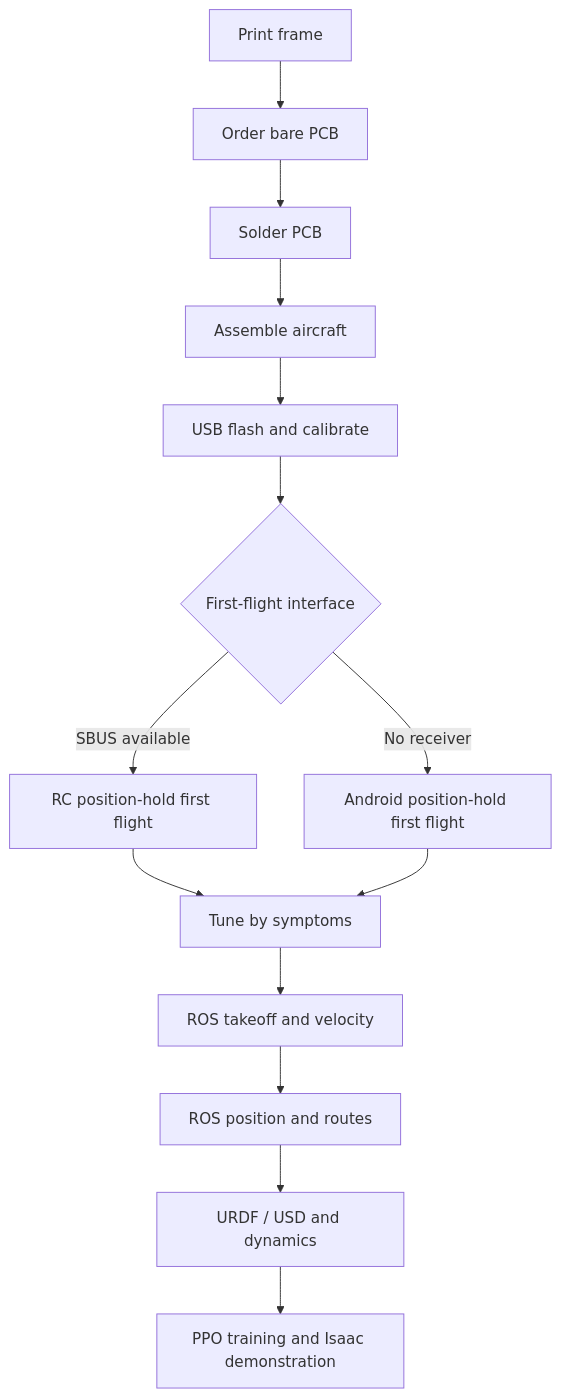
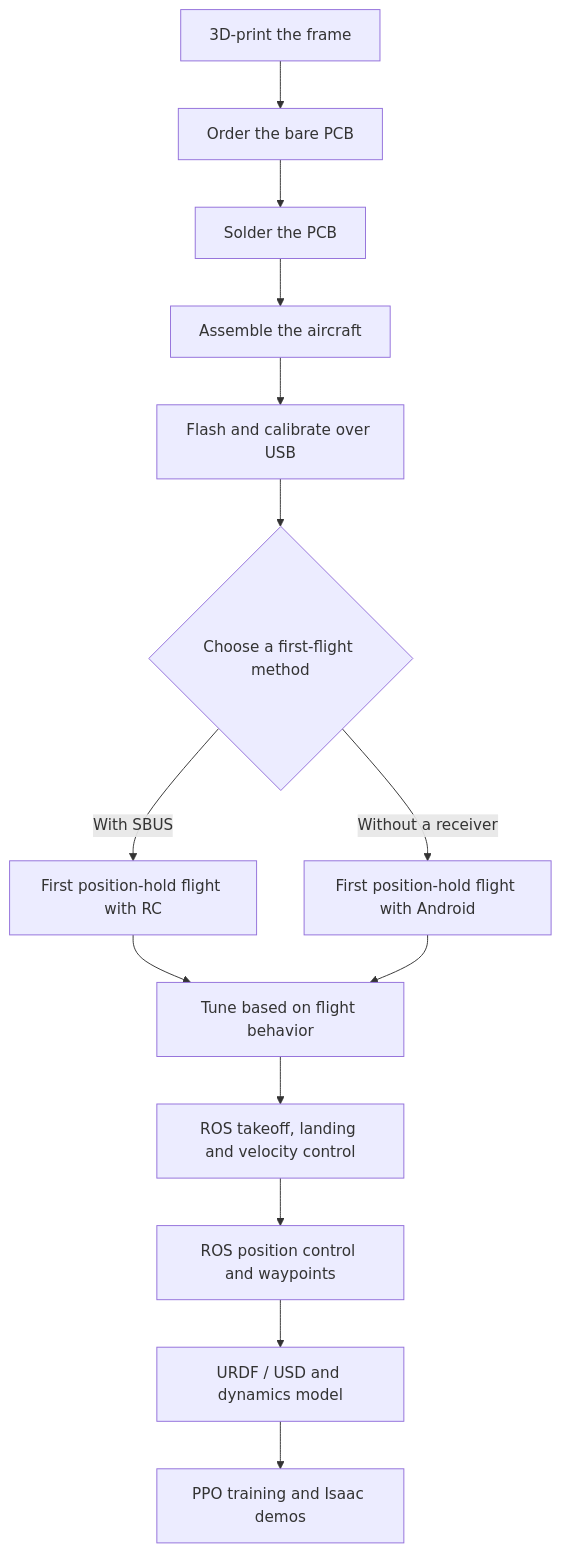
The diagram in tutorial.md (npu-ius-lab/open32drone), drawn with Mermaid before and after one commit. The commit also changed other lines of this file and 110 other files, not shown here.

````diff
--- a/tutorial.md
+++ b/tutorial.md
@@ -119,16 +206,16 @@
 ```mermaid
 flowchart TD
-    A[Print frame] --> B[Order bare PCB]
-    B --> C[Solder PCB]
-    C --> D[Assemble aircraft]
-    D --> E[USB flash and calibrate]
-    E --> F{First-flight interface}
-    F -->|SBUS available| G[RC position-hold first flight]
-    F -->|No receiver| H[Android position-hold first flight]
-    G --> I[Tune by symptoms]
+    A[3D-print the frame] --> B[Order the bare PCB]
+    B --> C[Solder the PCB]
+    C --> D[Assemble the aircraft]
+    D --> E[Flash and calibrate over USB]
+    E --> F{Choose a first-flight method}
+    F -->|With SBUS| G[First position-hold flight with RC]
+    F -->|Without a receiver| H[First position-hold flight with Android]
+    G --> I[Tune based on flight behavior]
     H --> I
-    I --> J[ROS takeoff and velocity]
-    J --> K[ROS position and routes]
-    K --> L[URDF / USD and dynamics]
-    L --> M[PPO training and Isaac demonstration]
+    I --> J[ROS takeoff, landing and velocity control]
+    J --> K[ROS position control and waypoints]
+    K --> L[URDF / USD and dynamics model]
+    L --> M[PPO training and Isaac demos]
 ```
````
